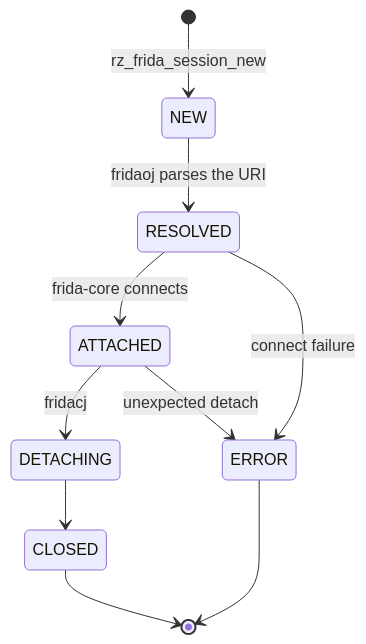
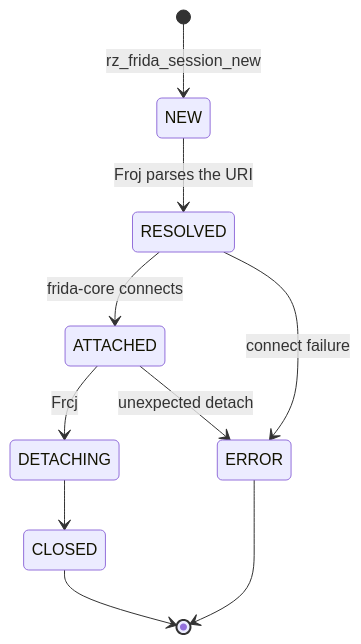
Before and after one commit to rizinorg/rz-frida: the second of 3 diagrams in docs/intro/how_it_works.qmd, drawn with Mermaid. The commit also changed other lines of this file and 53 other files, not shown here.

````diff
--- a/docs/intro/how_it_works.qmd
+++ b/docs/intro/how_it_works.qmd
@@ -51,12 +51,12 @@
 ```{mermaid}
 stateDiagram-v2
     [*] --> NEW: rz_frida_session_new
-    NEW --> RESOLVED: fridaoj parses the URI
+    NEW --> RESOLVED: Froj parses the URI
     RESOLVED --> ATTACHED: frida-core connects
-    ATTACHED --> DETACHING: fridacj
+    ATTACHED --> DETACHING: Frcj
     DETACHING --> CLOSED
     RESOLVED --> ERROR: connect failure
     ATTACHED --> ERROR: unexpected detach
     CLOSED --> [*]
     ERROR --> [*]
 ```
````
